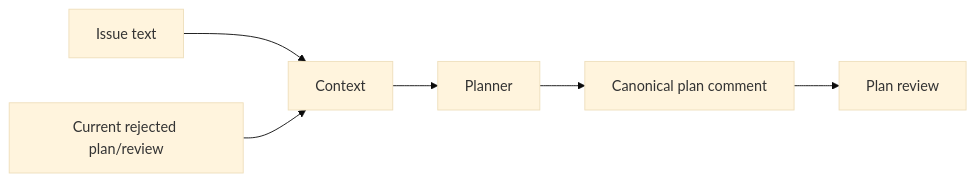
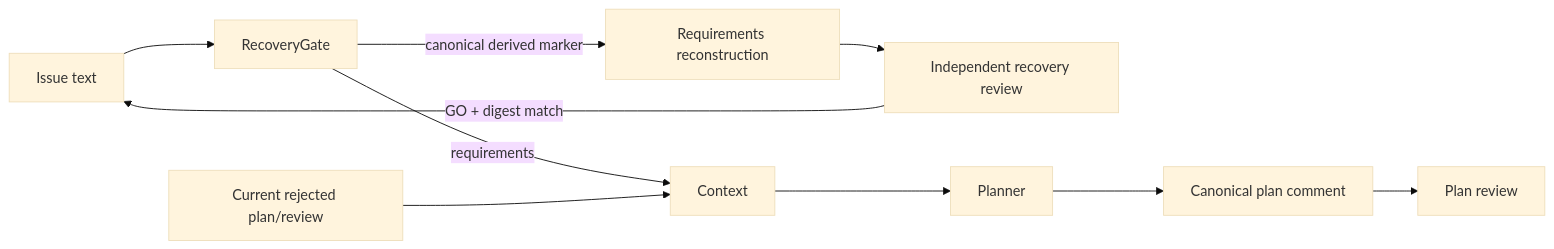
Before and after one commit to HomericIntelligence/Hephaestus: the fifth of 16 diagrams in docs/architecture.md, drawn with Mermaid (base theme). The commit also changed other lines of this file and 27 other files, not shown here.

Commit message:
feat(automation): recover issue requirements autonomously

````diff
--- a/docs/architecture.md
+++ b/docs/architecture.md
@@ -782,7 +787,11 @@
 ```mermaid
 flowchart LR
-    Issue["Issue text"] --> Context
+    Issue["Issue text"] --> RecoveryGate
+    RecoveryGate -->|"canonical derived marker"| Recover["Requirements reconstruction"]
+    Recover --> IndependentReview["Independent recovery review"]
+    IndependentReview -->|"GO + digest match"| Issue
+    RecoveryGate -->|"requirements"| Context
     History["Current rejected plan/review"] --> Context
     Context --> Planner --> Canonical["Canonical plan comment"]
     Canonical --> PlanReview["Plan review"]
 ```
````
